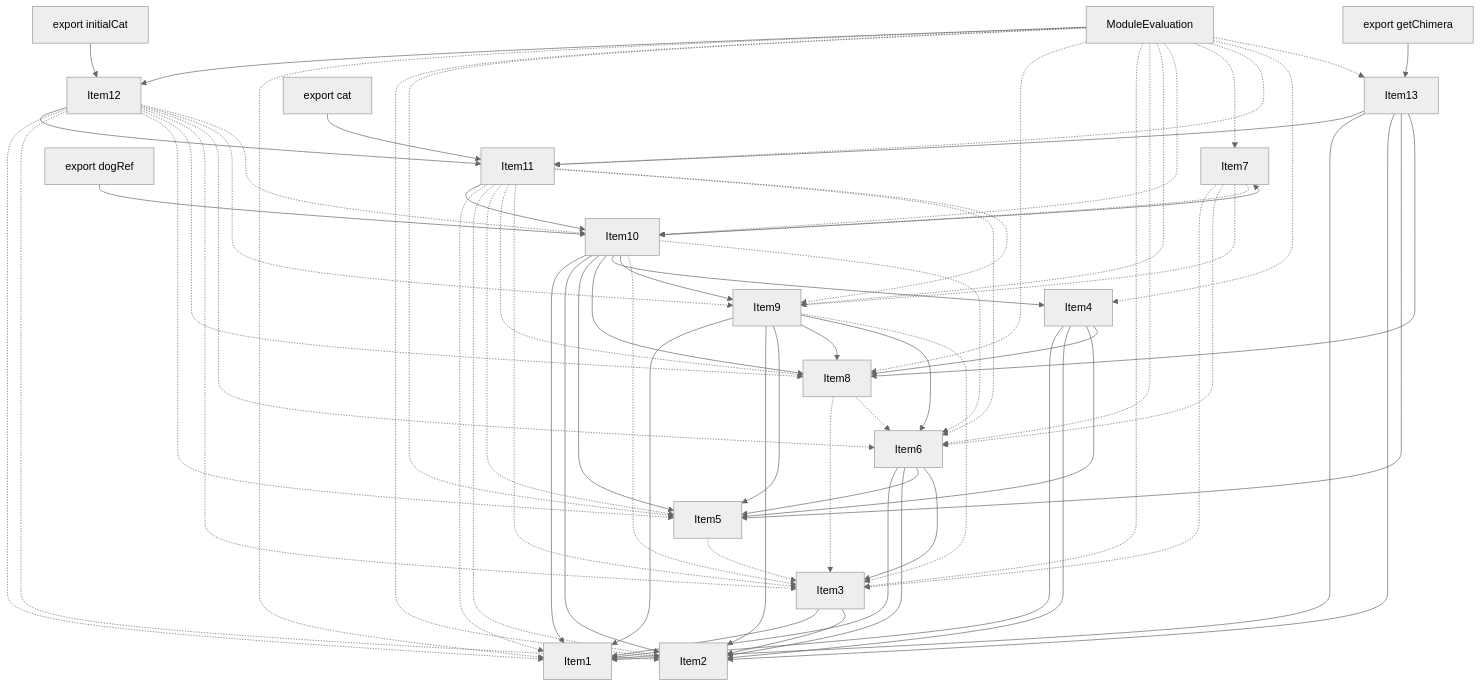
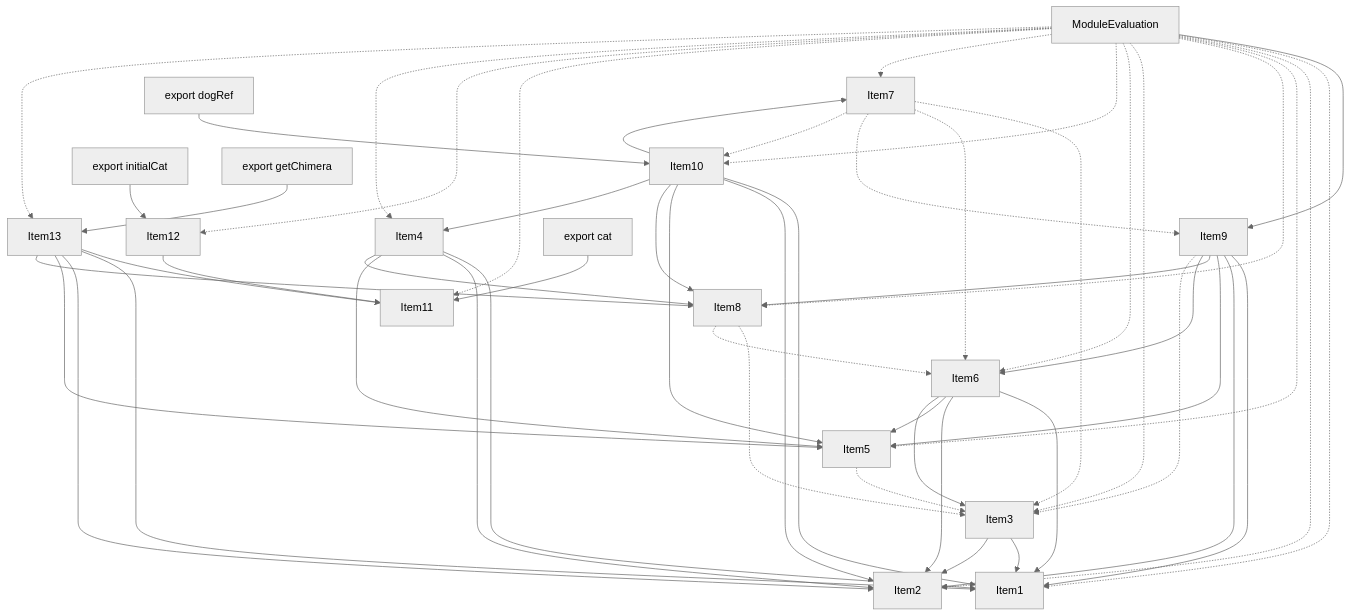
One commit to vercel/turborepo changed the fourth of 4 diagrams in crates/turbopack-ecmascript/tests/tree-shaker/analyzer/complex/output.md. Above: the diagram before and after it, drawn with Mermaid (neutral theme). The commit also changed other lines of this file and 3 other files, not shown here.

```diff
--- a/crates/turbopack-ecmascript/tests/tree-shaker/analyzer/complex/output.md
+++ b/crates/turbopack-ecmascript/tests/tree-shaker/analyzer/complex/output.md
@@ -366,26 +324,7 @@
     Item10 --> Item8;
     Item10 --> Item4;
     Item10 --> Item7;
-    Item10 --> Item9;
-    Item10 -.-> Item3;
-    Item10 -.-> Item6;
-    Item11 --> Item10;
-    Item11 -.-> Item1;
-    Item11 -.-> Item2;
-    Item11 -.-> Item5;
-    Item11 -.-> Item8;
-    Item11 -.-> Item3;
-    Item11 -.-> Item6;
-    Item11 -.-> Item9;
     Item12 --> Item11;
-    Item12 -.-> Item1;
-    Item12 -.-> Item2;
-    Item12 -.-> Item5;
-    Item12 -.-> Item8;
-    Item12 -.-> Item3;
-    Item12 -.-> Item6;
-    Item12 -.-> Item9;
-    Item12 -.-> Item10;
     Item4 --> Item1;
     Item4 --> Item2;
     Item4 --> Item5;
@@ -399,17 +338,17 @@
     Item13 --> Item2;
     Item13 --> Item5;
     Item13 --> Item8;
-    Item14 --> Item12;
+    Item14 --> Item9;
     Item14 -.-> Item1;
     Item14 -.-> Item2;
     Item14 -.-> Item5;
     Item14 -.-> Item8;
     Item14 -.-> Item3;
     Item14 -.-> Item6;
-    Item14 -.-> Item9;
     Item14 -.-> Item10;
     Item14 -.-> Item7;
     Item14 -.-> Item11;
+    Item14 -.-> Item12;
     Item14 -.-> Item4;
     Item14 -.-> Item13;
     Item15 --> Item10;
```
